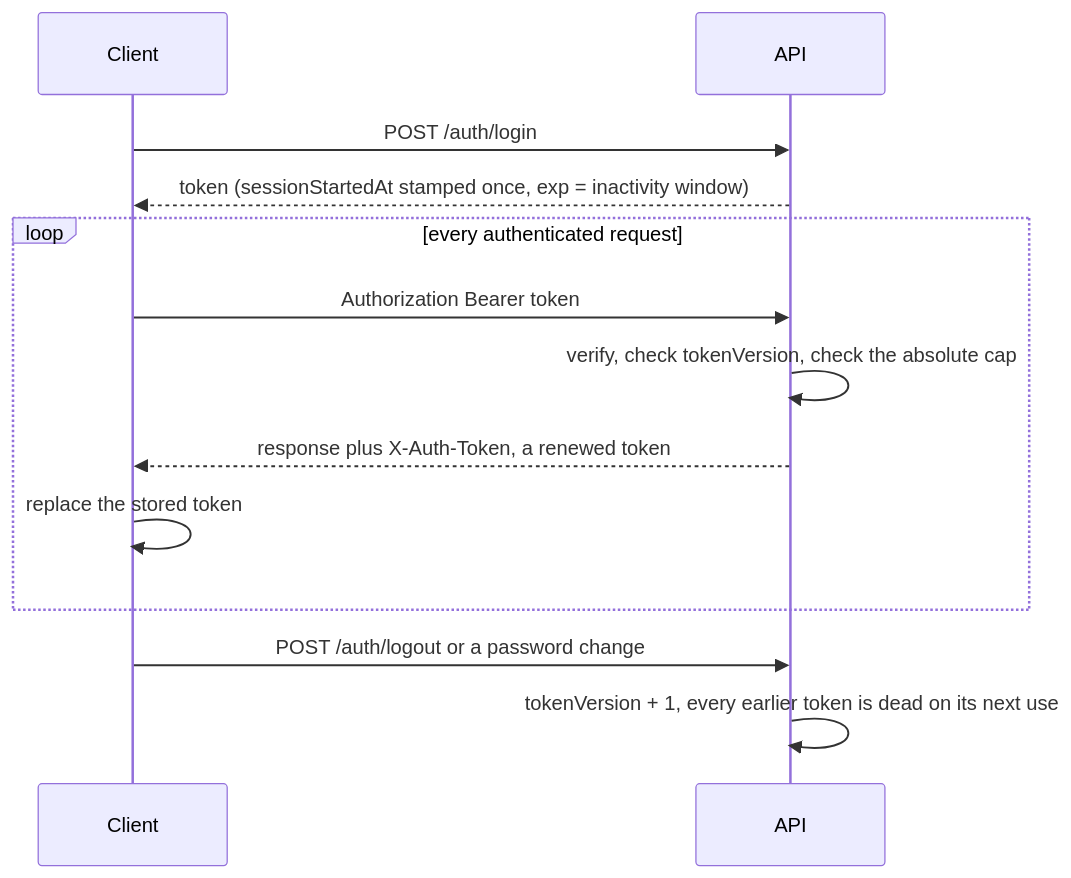
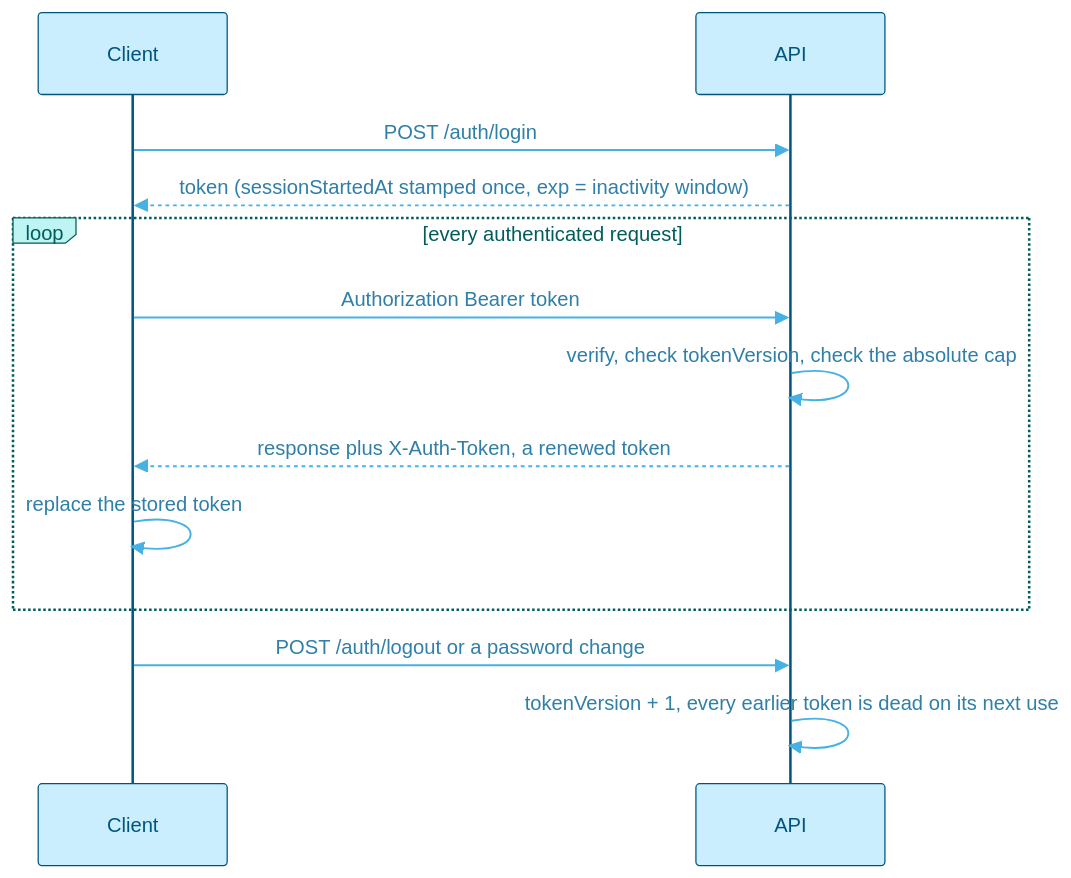
The third of 6 diagrams in docs/ARCHITECTURE.md (kfeuerschvenger/BreezyBoard), drawn with Mermaid before and after one commit. The commit also changed other lines of this file and 6 other files, not shown here.

Commit message:
docs: split the deep docs into architecture, environment, testing, CI, API and roadmap

````diff
--- a/docs/ARCHITECTURE.md
+++ b/docs/ARCHITECTURE.md
@@ -81,15 +105,16 @@
 ```mermaid
+%%{init: {"theme": "base", "themeVariables": {"fontFamily": "Segoe UI, Helvetica, Arial, sans-serif", "primaryColor": "#cbeeff", "primaryBorderColor": "#00557e", "primaryTextColor": "#00557e", "secondaryColor": "#bef4f1", "secondaryBorderColor": "#005d5b", "secondaryTextColor": "#005d5b", "tertiaryColor": "#fbe5bf", "tertiaryBorderColor": "#684600", "tertiaryTextColor": "#684600", "lineColor": "#46b1e3", "textColor": "#2f7fa8", "actorBkg": "#cbeeff", "actorBorder": "#00557e", "actorTextColor": "#00557e", "signalColor": "#46b1e3", "signalTextColor": "#2f7fa8", "labelBoxBkgColor": "#bef4f1", "labelBoxBorderColor": "#005d5b", "labelTextColor": "#005d5b", "loopTextColor": "#005d5b", "noteBkgColor": "#ede0ff", "noteBorderColor": "#563e7b", "noteTextColor": "#563e7b"}}}%%
 sequenceDiagram
   participant C as Client
   participant S as API
   C->>S: POST /auth/login
   S-->>C: token (sessionStartedAt stamped once, exp = inactivity window)
   loop every authenticated request
     C->>S: Authorization Bearer token
     S->>S: verify, check tokenVersion, check the absolute cap
     S-->>C: response plus X-Auth-Token, a renewed token
     C->>C: replace the stored token
   end
   C->>S: POST /auth/logout or a password change
   S->>S: tokenVersion + 1, every earlier token is dead on its next use
 ```
````
